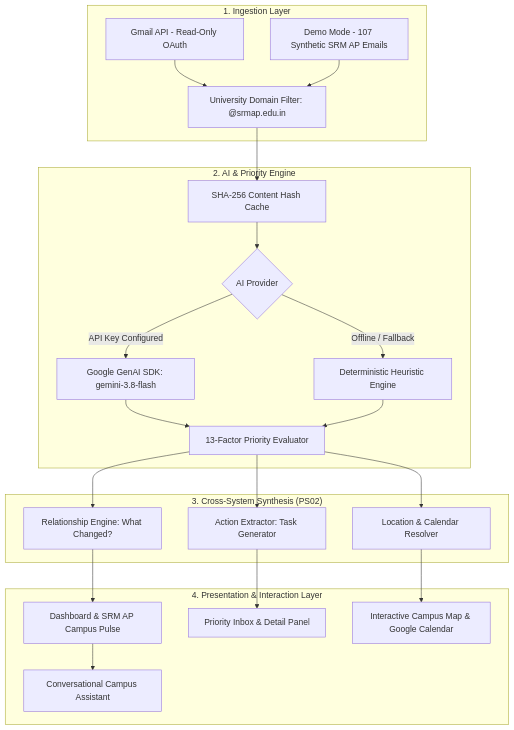
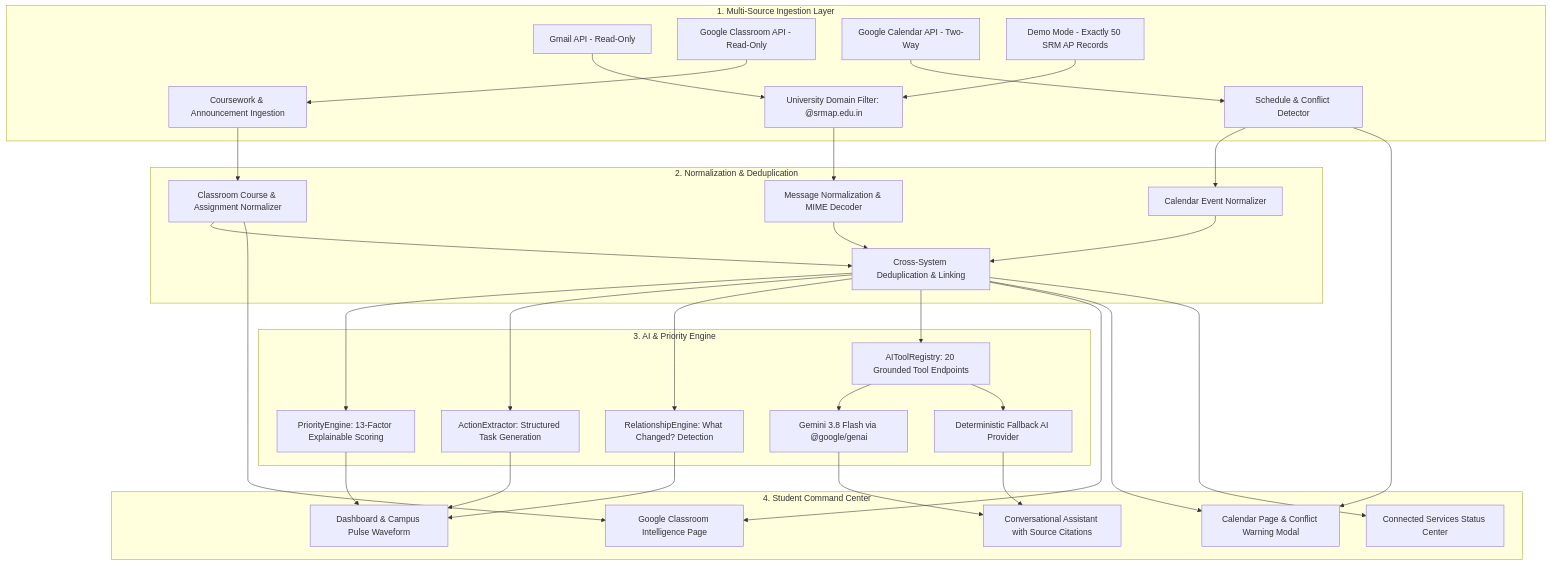
The diagram in README.md (mmuthuselvam298/CampusPulse-AI), drawn with Mermaid before and after one commit. The commit also changed other lines of this file and 28 other files, not shown here.

Commit message:
feat(sih-ps02): complete CampusPulse AI with One Google OAuth, Classroom, Calendar, 20 AI tools, and 50 SRM AP demo emails

````diff
--- a/README.md
+++ b/README.md
@@ -53,29 +45,33 @@
 ```mermaid
 graph TD
-    subgraph Ingestion["1. Ingestion Layer"]
-        A[Gmail API - Read-Only OAuth] --> C[University Domain Filter: @srmap.edu.in]
-        B[Demo Mode - 107 Synthetic SRM AP Emails] --> C
+    subgraph DataSources["1. Multi-Source Ingestion Layer"]
+        A[Gmail API - Read-Only] --> D[University Domain Filter: @srmap.edu.in]
+        B[Google Classroom API - Read-Only] --> E[Coursework & Announcement Ingestion]
+        C[Google Calendar API - Two-Way] --> F[Schedule & Conflict Detector]
+        Z[Demo Mode - Exactly 50 SRM AP Records] --> D
     end
 
-    subgraph Intelligence["2. AI & Priority Engine"]
-        C --> D[SHA-256 Content Hash Cache]
-        D --> E{AI Provider}
-        E -->|API Key Configured| F[Google GenAI SDK: gemini-3.8-flash]
-        E -->|Offline / Fallback| G[Deterministic Heuristic Engine]
-        F --> H[13-Factor Priority Evaluator]
-        G --> H
+    subgraph Normalization["2. Normalization & Deduplication"]
+        D --> G[Message Normalization & MIME Decoder]
+        E --> H[Classroom Course & Assignment Normalizer]
+        F --> I[Calendar Event Normalizer]
+        G & H & I --> J[Cross-System Deduplication & Linking]
     end
 
-    subgraph Synthesis["3. Cross-System Synthesis (PS02)"]
-        H --> I[Relationship Engine: What Changed?]
-        H --> J[Action Extractor: Task Generator]
-        H --> K[Location & Calendar Resolver]
+    subgraph Intelligence["3. AI & Priority Engine"]
+        J --> K[PriorityEngine: 13-Factor Explainable Scoring]
+        J --> L[ActionExtractor: Structured Task Generation]
+        J --> M[RelationshipEngine: What Changed? Detection]
+        J --> N[AIToolRegistry: 20 Grounded Tool Endpoints]
+        N --> O[Gemini 3.8 Flash via @google/genai]
+        N --> P[Deterministic Fallback AI Provider]
     end
 
-    subgraph Experience["4. Presentation & Interaction Layer"]
-        I --> L[Dashboard & SRM AP Campus Pulse]
-        J --> M[Priority Inbox & Detail Panel]
-        K --> N[Interactive Campus Map & Google Calendar]
-        L --> O[Conversational Campus Assistant]
+    subgraph Presentation["4. Student Command Center"]
+        K & L & M --> Q[Dashboard & Campus Pulse Waveform]
+        H & J --> R[Google Classroom Intelligence Page]
+        F & J --> S[Calendar Page & Conflict Warning Modal]
+        O & P --> T[Conversational Assistant with Source Citations]
+        J --> U[Connected Services Status Center]
     end
 ```
````
